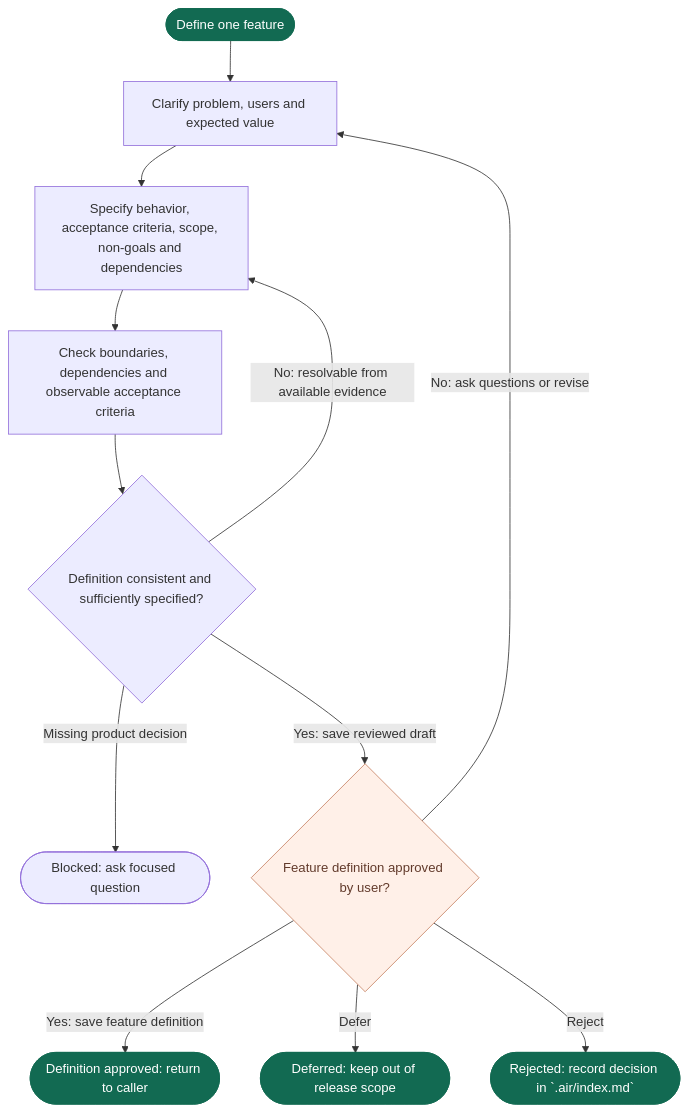
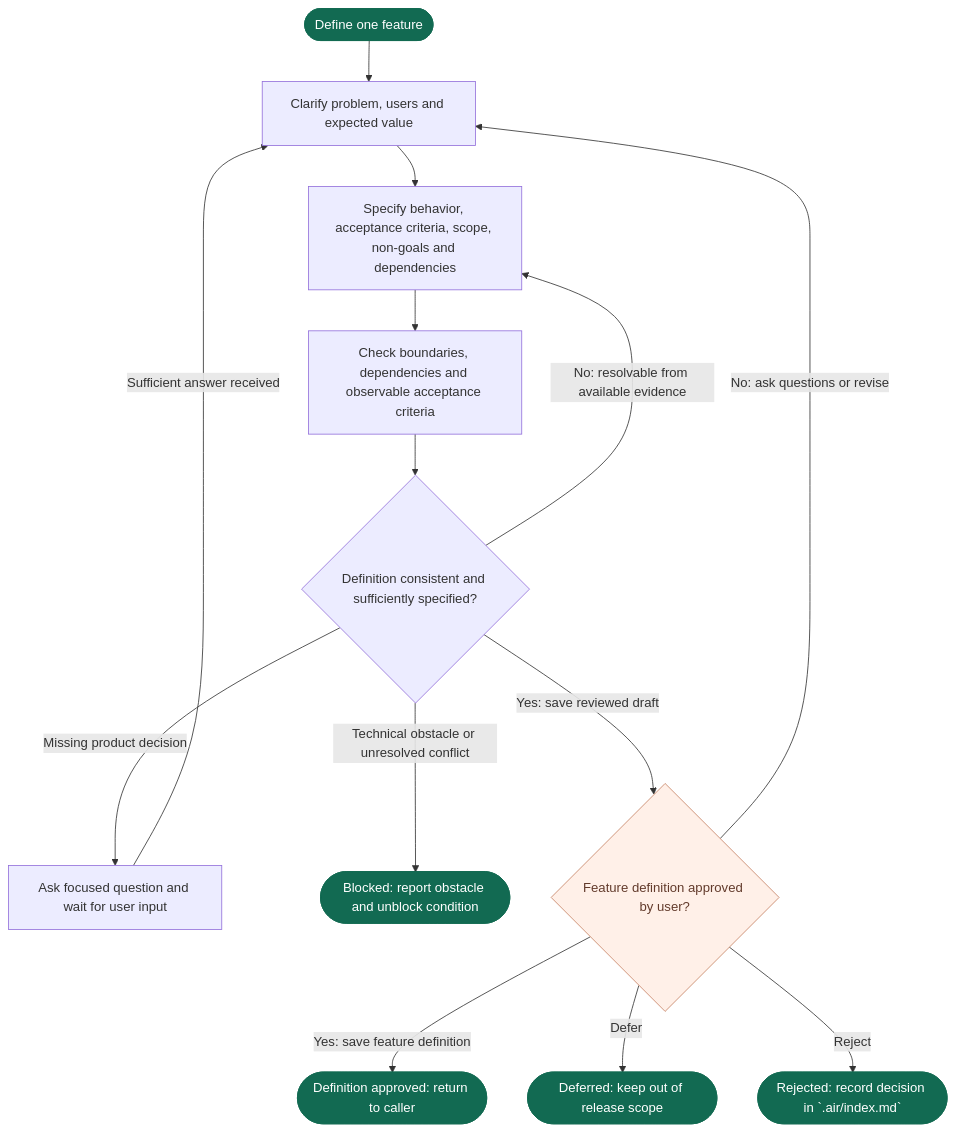
The diagram in flows/definition.mmd (vanlangenlabs/aidflow), drawn with Mermaid before and after one commit. The commit also changed 7 other files, not shown here.

Commit message:
Clarify source tracking and human input resume rules

```diff
--- a/flows/definition.mmd
+++ b/flows/definition.mmd
@@ -1,45 +1,54 @@
 flowchart TD
     start([Define one feature]) --> clarify[Clarify problem, users and expected value]
     clarify --> specify[Specify behavior, acceptance criteria, scope, non-goals and dependencies]
 %% @airflow-context specify
 %% Write one independently deliverable feature Definition using the canonical
 %% record outline below. Make acceptance criteria observable and
 %% testable; record dependencies, constraints, non-goals and unresolved questions.
 
 %% Record path: `.air/features/<feature-id>/definition.md`.
 %% Record outline: Proposal source; Problem and user outcome; In scope; Out of scope; Acceptance criteria; Dependencies and constraints; Open questions; Decisions and evidence.
 %% Mutable statuses belong in the index. Example IDs and versions are placeholders.
 %% @end-airflow-context
     specify --> review[Check boundaries, dependencies and observable acceptance criteria]
     review --> quality{Definition consistent and sufficiently specified?}
     quality -- No: resolvable from available evidence --> specify
-    quality -- Missing product decision --> blocked([Blocked: ask focused question])
+    quality -- Missing product decision --> awaitingInput[Ask focused question and wait for user input]
+    awaitingInput -- Sufficient answer received --> clarify
+    quality -- Technical obstacle or unresolved conflict --> blocked([Blocked: report obstacle and unblock condition])
+%% @airflow-context awaitingInput
+%% Follow the Question protocol in `reference/interaction.md` (relative to airflow.md).
+%% Save interaction awaiting-input, execution waiting-human, this node and the
+%% caller stack in `.air/index.md`. Keep the Definition draft; do not return to
+%% the caller while waiting. Partial answers stay here. Once sufficient input
+%% arrives, return to clarify, revise and self-review before requesting approval.
+%% @end-airflow-context
     quality -- Yes: save reviewed draft --> definitionApproval{Feature definition approved by user?}
 %% @airflow-context review
 %% Resolve omissions from existing approved context where possible. Ensure each
 %% acceptance criterion is observable, scope/non-goals agree, dependencies are
 %% explicit and no unresolved question prevents design. Never invent requirements
 %% or ask the human to perform this completeness check for the AI.
 %% @end-airflow-context
     definitionApproval -- No: ask questions or revise --> clarify
     definitionApproval -- Yes: save feature definition --> definitionReady([Definition approved: return to caller])
     definitionApproval -- Defer --> deferred([Deferred: keep out of release scope])
     definitionApproval -- Reject --> rejected([Rejected: record decision in `.air/index.md`])
 %% @airflow-context definitionApproval
 %% Initial approval permits backlog entry; revised approval restores selected
 %% status only with valid scope membership, using Project impact rules. Bind
 %% approval to the exact Definition digest and record its evidence in `.air/index.md`
 %% using `reference/approvals.md` (relative to airflow.md). Defer/reject decisions are
 %% recorded but never included in a release scope.
 
 %% Feature transitions owned by this phase:
 %% - `clarifying` -> `backlog`: Human approves the exact Definition; no valid active release membership remains.
 %% - `clarifying` -> `selected`: Revised Definition approved; feature remains in a valid approved scope. Revalidate dependent Design before work.
 %% - `clarifying` -> `deferred` / `rejected`: Explicit human decision; unapproved Definition stays `draft`. Re-scope any containing release before continuing.
 %% - `backlog` / `selected` / `implementing` / `verifying` / `verified` -> `clarifying`: Material Definition change; invalidate its approval and assess dependent scope/Design/checks.
 %% @end-airflow-context
 
     classDef boundary fill:#126a52,color:#ffffff,stroke:#126a52
     classDef approval fill:#fff0e8,color:#633b2c,stroke:#c68162
-    class start,definitionReady,deferred,rejected boundary
+    class start,definitionReady,deferred,rejected,blocked boundary
     class definitionApproval approval
```
